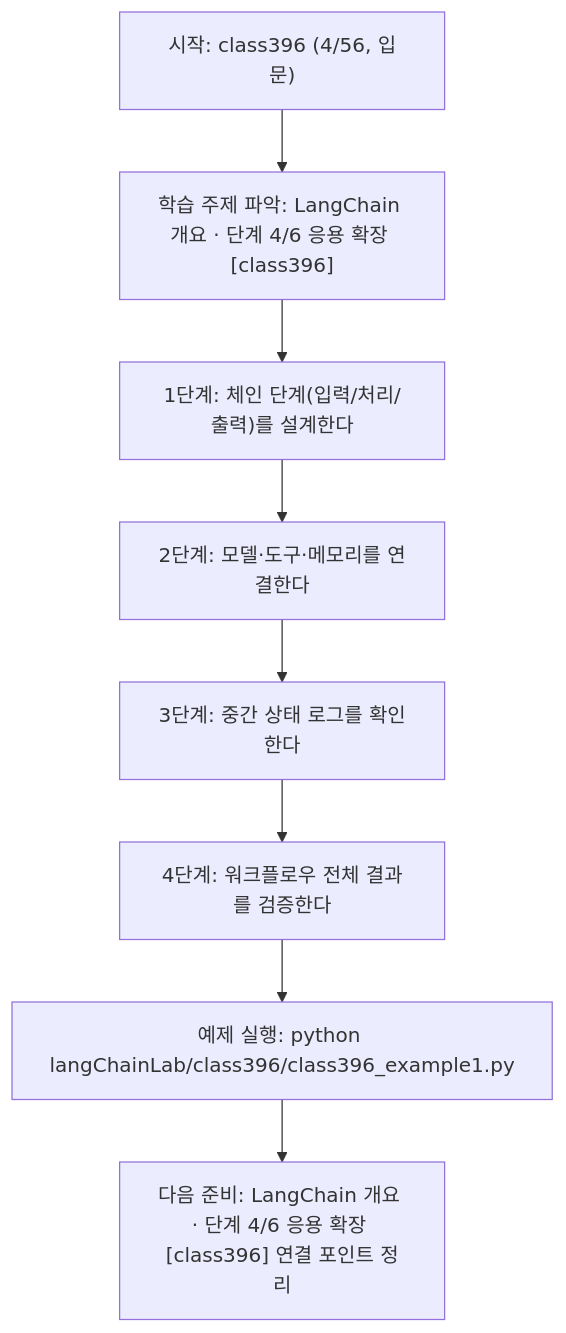
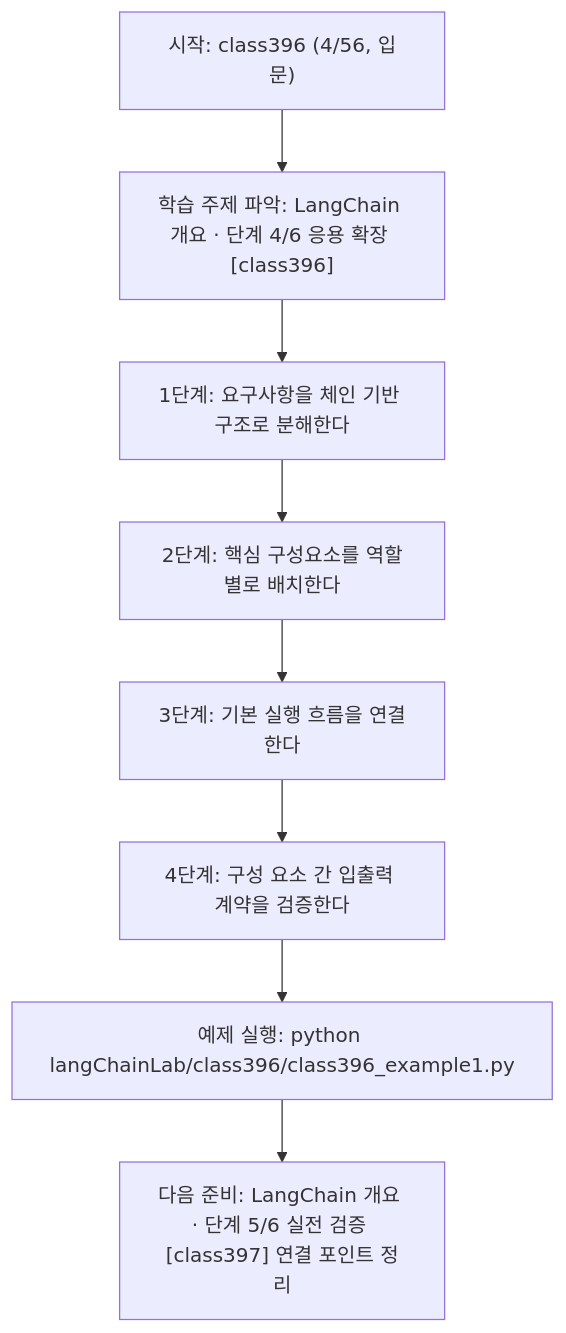
One commit to edumgt/Python-AI_Agent-Class changed the diagram in langChainLab/class396/class396.md. Above: the diagram before and after it, drawn with Mermaid. The commit also changed other lines of this file and 395 other files, not shown here.

````diff
--- a/langChainLab/class396/class396.md
+++ b/langChainLab/class396/class396.md
@@ -109,18 +91,18 @@
 ```mermaid
 flowchart TD
 N1["시작: class396 (4/56, 입문)"]
 N2["학습 주제 파악: LangChain 개요 · 단계 4/6 응용 확장 [class396]"]
-N3["1단계: 체인 단계(입력/처리/출력)를 설계한다"]
-N4["2단계: 모델·도구·메모리를 연결한다"]
-N5["3단계: 중간 상태 로그를 확인한다"]
-N6["4단계: 워크플로우 전체 결과를 검증한다"]
+N3["1단계: 요구사항을 체인 기반 구조로 분해한다"]
+N4["2단계: 핵심 구성요소를 역할별로 배치한다"]
+N5["3단계: 기본 실행 흐름을 연결한다"]
+N6["4단계: 구성 요소 간 입출력 계약을 검증한다"]
 N7["예제 실행: python langChainLab/class396/class396_example1.py"]
-N8["다음 준비: LangChain 개요 · 단계 4/6 응용 확장 [class396] 연결 포인트 정리"]
+N8["다음 준비: LangChain 개요 · 단계 5/6 실전 검증 [class397] 연결 포인트 정리"]
 N1 --> N2
 N2 --> N3
 N3 --> N4
 N4 --> N5
 N5 --> N6
 N6 --> N7
 N7 --> N8
 ```
````
